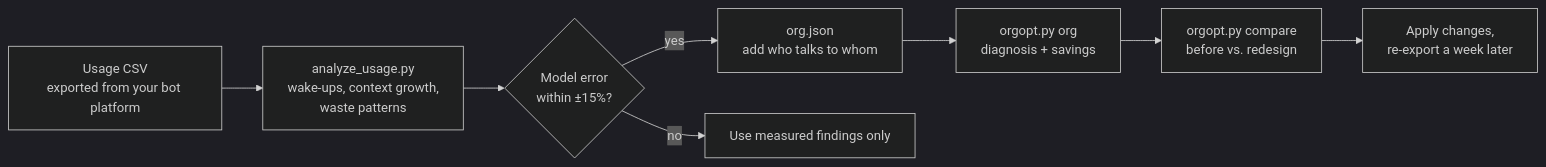
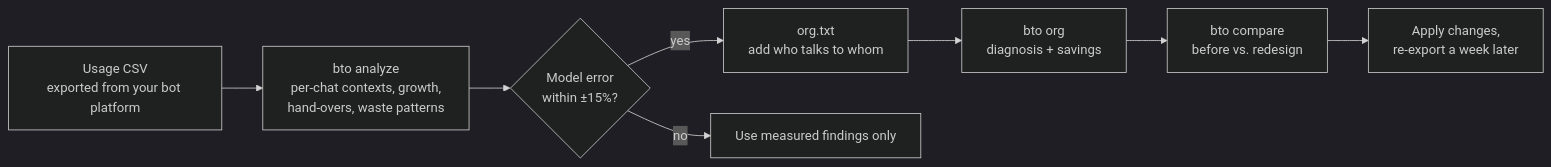
The diagram in README.md (EndeavorYen/bot-token-optimizer), drawn with Mermaid (dark theme) before and after one commit. The commit also changed other lines of this file and 54 other files, not shown here.

First line of the commit message:
v0.2.0: per-chat analysis, bilingual CLI, org.txt, web calculator, CI

````diff
--- a/README.md
+++ b/README.md
@@ -84,10 +97,10 @@
 ```mermaid
 flowchart LR
-    A[Usage CSV<br/>exported from your bot platform] --> B[analyze_usage.py<br/>wake-ups, context growth,<br/>waste patterns]
+    A[Usage CSV<br/>exported from your bot platform] --> B[bto analyze<br/>per-chat contexts, growth,<br/>hand-overs, waste patterns]
     B --> C{Model error<br/>within ±15%?}
-    C -- yes --> D[org.json<br/>add who talks to whom]
+    C -- yes --> D[org.txt<br/>add who talks to whom]
     C -- no --> E[Use measured findings only]
-    D --> F[orgopt.py org<br/>diagnosis + savings]
-    F --> G[orgopt.py compare<br/>before vs. redesign]
+    D --> F[bto org<br/>diagnosis + savings]
+    F --> G[bto compare<br/>before vs. redesign]
     G --> H[Apply changes,<br/>re-export a week later]
 ```
````
